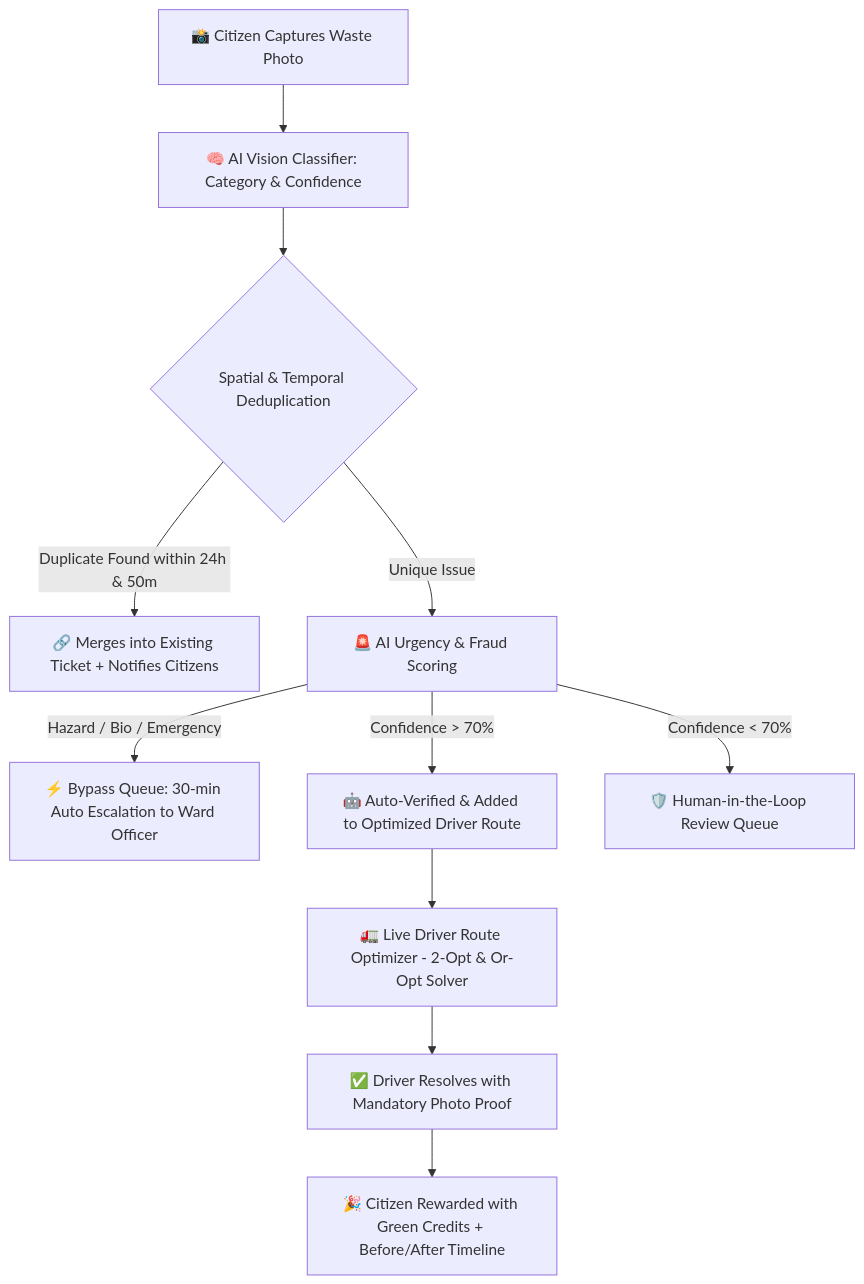
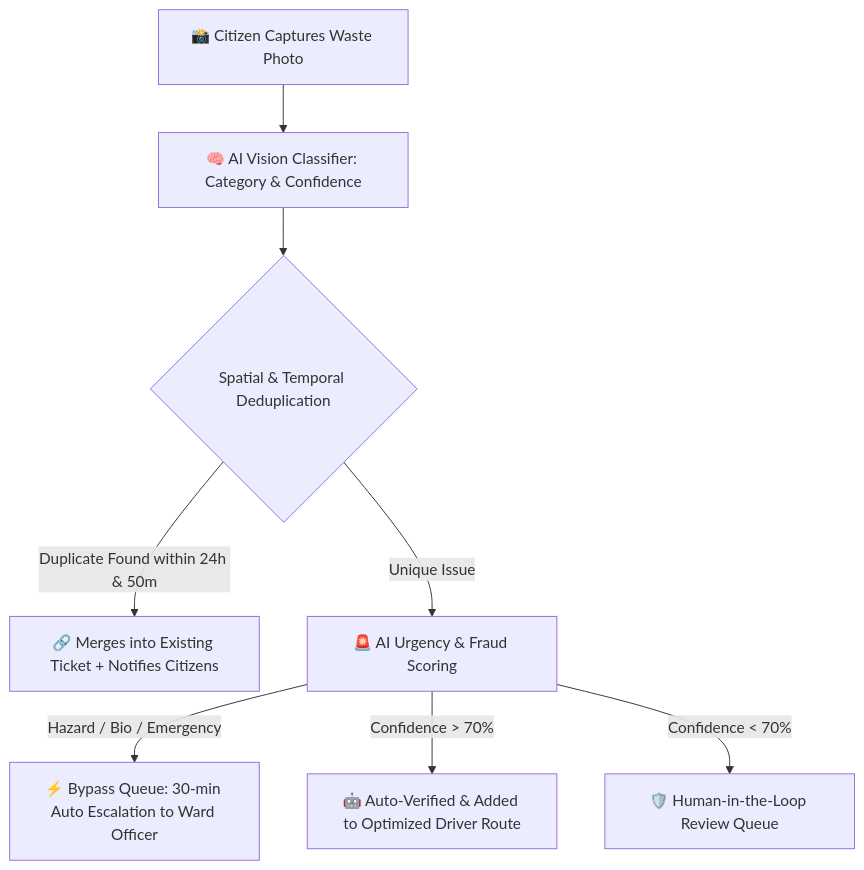
One commit to Parthh1002/SafaaiSarathi2.0 changed the first of 2 diagrams in README.md. Above: the diagram before and after it, drawn with Mermaid. The commit also changed other lines of this file, not shown here.

````diff
--- a/README.md
+++ b/README.md
@@ -76,13 +98,10 @@
 ```mermaid
 graph TD
     A[📸 Citizen Captures Waste Photo] --> B[🧠 AI Vision Classifier: Category & Confidence]
     B --> C{Spatial & Temporal Deduplication}
     C -->|Duplicate Found within 24h & 50m| D[🔗 Merges into Existing Ticket + Notifies Citizens]
     C -->|Unique Issue| E[🚨 AI Urgency & Fraud Scoring]
     E -->|Hazard / Bio / Emergency| F[⚡ Bypass Queue: 30-min Auto Escalation to Ward Officer]
     E -->|Confidence > 70%| G[🤖 Auto-Verified & Added to Optimized Driver Route]
     E -->|Confidence < 70%| H[🛡️ Human-in-the-Loop Review Queue]
-    G --> I[🚛 Live Driver Route Optimizer - 2-Opt & Or-Opt Solver]
-    I --> J[✅ Driver Resolves with Mandatory Photo Proof]
-    J --> K[🎉 Citizen Rewarded with Green Credits + Before/After Timeline]
 ```
````
